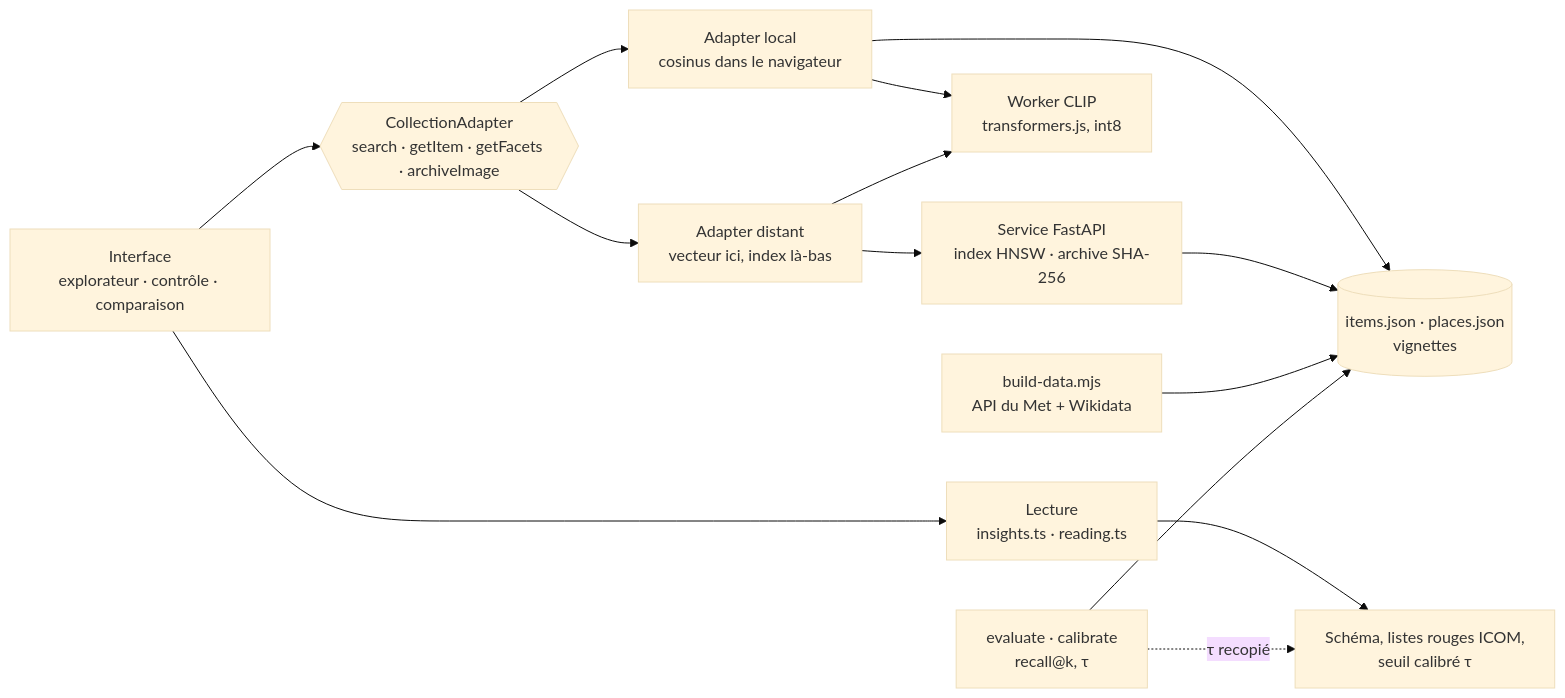
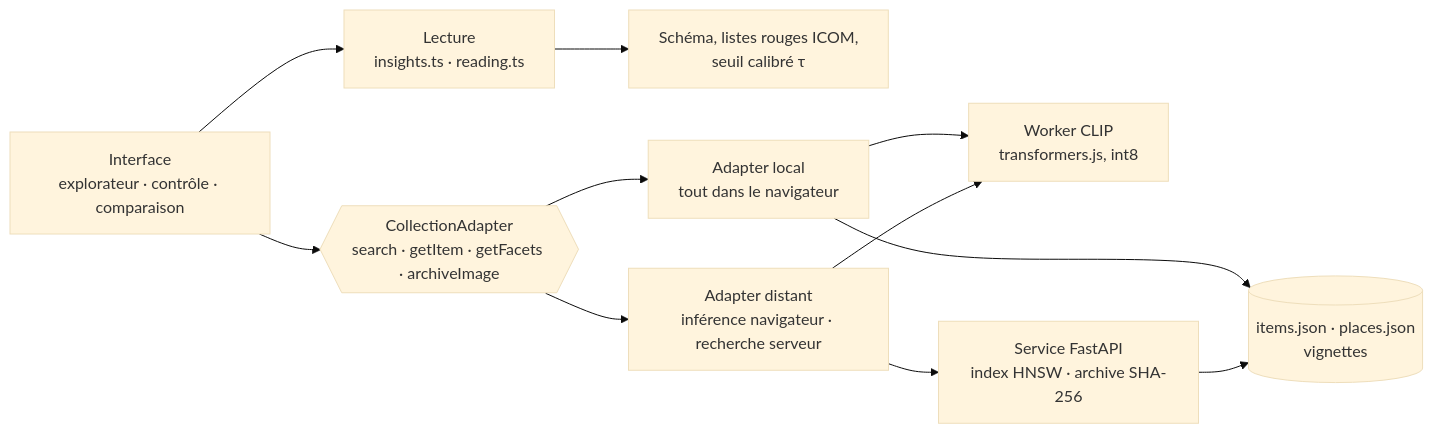
Before and after one commit to TatianaT13/svelte-collection-explorer: the first of 2 diagrams in README.md, drawn with Mermaid (base theme). The commit also changed other lines of this file, not shown here.

Commit message:
README : vue d'ensemble en tête, parcours de recherche séparé de la préparation des données, formulation indépendante du placement Mermaid

````diff
--- a/README.md
+++ b/README.md
@@ -112,28 +14,23 @@
 ```mermaid
 flowchart LR
   UI["Interface<br/>explorateur · contrôle · comparaison"]
   READ["Lecture<br/>insights.ts · reading.ts"]
   CFG["Schéma, listes rouges ICOM,<br/>seuil calibré τ"]
   ADP{{"CollectionAdapter<br/>search · getItem · getFacets · archiveImage"}}
-  LOCAL["Adapter local<br/>cosinus dans le navigateur"]
-  REMOTE["Adapter distant<br/>vecteur ici, index là-bas"]
+  LOCAL["Adapter local<br/>tout dans le navigateur"]
+  REMOTE["Adapter distant<br/>inférence navigateur · recherche serveur"]
   ML["Worker CLIP<br/>transformers.js, int8"]
   DATA[("items.json · places.json<br/>vignettes")]
   SVC["Service FastAPI<br/>index HNSW · archive SHA-256"]
-  BUILD["build-data.mjs<br/>API du Met + Wikidata"]
-  EVAL["evaluate · calibrate<br/>recall@k, τ"]
 
   UI --> ADP
   UI --> READ
   READ --> CFG
   ADP --> LOCAL
   ADP --> REMOTE
   LOCAL --> ML
   LOCAL --> DATA
   REMOTE --> ML
   REMOTE --> SVC
   SVC --> DATA
-  BUILD --> DATA
-  EVAL --> DATA
-  EVAL -. "τ recopié" .-> CFG
 ```
````
